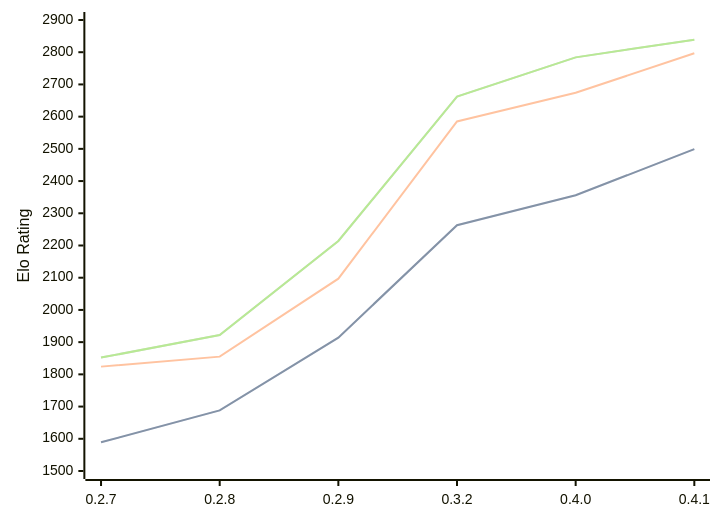
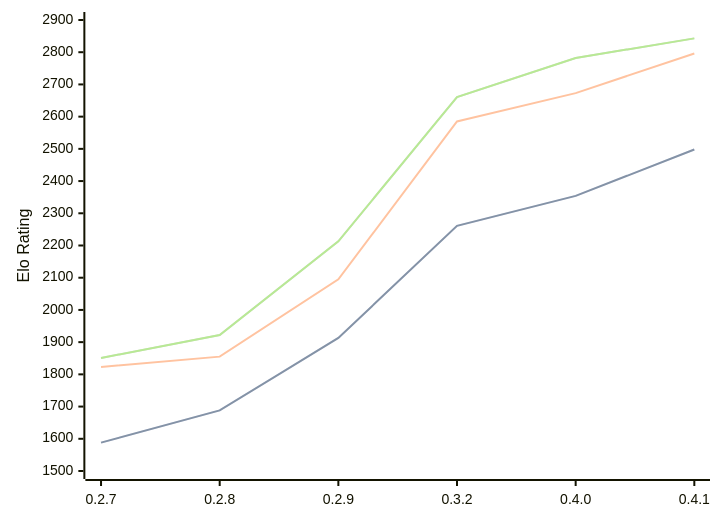
The diagram in engines/Dual.md (computer-chess-index/cci), drawn with Mermaid before and after one commit. The commit also changed other lines of this file, not shown here.

Commit message:
Update CCI Ratings (ELO VLTC) - 2026-08-04

````diff
--- a/engines/Dual.md
+++ b/engines/Dual.md
@@ -46,11 +46,11 @@
 ```mermaid
 %%{init: {"theme":"base","themeVariables":{"seriesColors:['#a3a3a3','#222221','#faa371']}}}%%
 xychart-beta
   x-axis ["0.2.7", "0.2.8", "0.2.9", "0.3.2", "0.4.0", "0.4.1"]
   y-axis "Elo Rating" 1500 --> 2900
-  line "STC (8.0+0.08s)" [1589, 1688, 1914, 2263, 2356, 2499]
-  line "STC (8.0+0.08s)" [1589, 1688, 1914, 2263, 2356, 2499]
-  line "LTC (60.0+0.60s)" [1824, 1855, 2097, 2585, 2674, 2797]
-  line "VLTC (2m24s+1.12s)" [1852, 1922, 2214, 2662, 2784, 2839]
-  line "VLTC (2m24s+1.12s)" [1852, 1922, 2214, 2662, 2784, 2839]
+  line "STC (8.0+0.08s)" [1588, 1688, 1913, 2261, 2354, 2498]
+  line "STC (8.0+0.08s)" [1588, 1688, 1913, 2261, 2354, 2498]
+  line "LTC (60.0+0.60s)" [1823, 1855, 2095, 2585, 2673, 2796]
+  line "VLTC (2m24s+1.12s)" [1851, 1922, 2213, 2661, 2782, 2843]
+  line "VLTC (2m24s+1.12s)" [1851, 1922, 2213, 2661, 2782, 2843]
 ```
````
